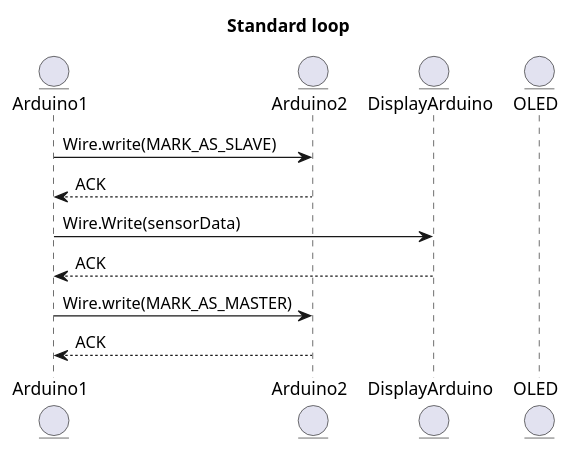
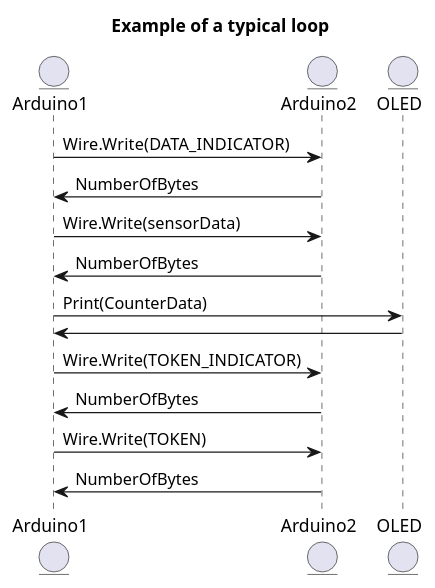
The diagram in Communication/I2C/Sequence.wsd (NathanThus/Technology-Semester-3), drawn with PlantUML before and after one commit. The commit also changed other lines of this file, not shown here.

```diff
--- a/Communication/I2C/Sequence.wsd
+++ b/Communication/I2C/Sequence.wsd
@@ -1,19 +1,24 @@
-@startuml Register_Sequence
+@startuml Token_Passing
 
-title Standard loop
+Title Example of a typical loop
 
 Entity Arduino1
 Entity Arduino2
-Entity DisplayArduino
 Entity OLED
 
-Arduino1 -> Arduino2 : Wire.write(MARK_AS_SLAVE)
-Arduino2 --> Arduino1 : ACK
 
-Arduino1 -> DisplayArduino : Wire.Write(sensorData)
-DisplayArduino --> Arduino1 : ACK
+Arduino1 -> Arduino2 : Wire.Write(DATA_INDICATOR)
+Arduino2 -> Arduino1 : NumberOfBytes
 
-Arduino1 -> Arduino2 : Wire.write(MARK_AS_MASTER)
-Arduino2 --> Arduino1 : ACK
+Arduino1 -> Arduino2 : Wire.Write(sensorData)
+Arduino2 -> Arduino1 : NumberOfBytes
 
+Arduino1 -> OLED : Print(CounterData)
+OLED -> Arduino1
+
+Arduino1 -> Arduino2 : Wire.Write(TOKEN_INDICATOR)
+Arduino2 -> Arduino1 : NumberOfBytes
+
+Arduino1 -> Arduino2 : Wire.Write(TOKEN)
+Arduino2 -> Arduino1 : NumberOfBytes
 @enduml
```
